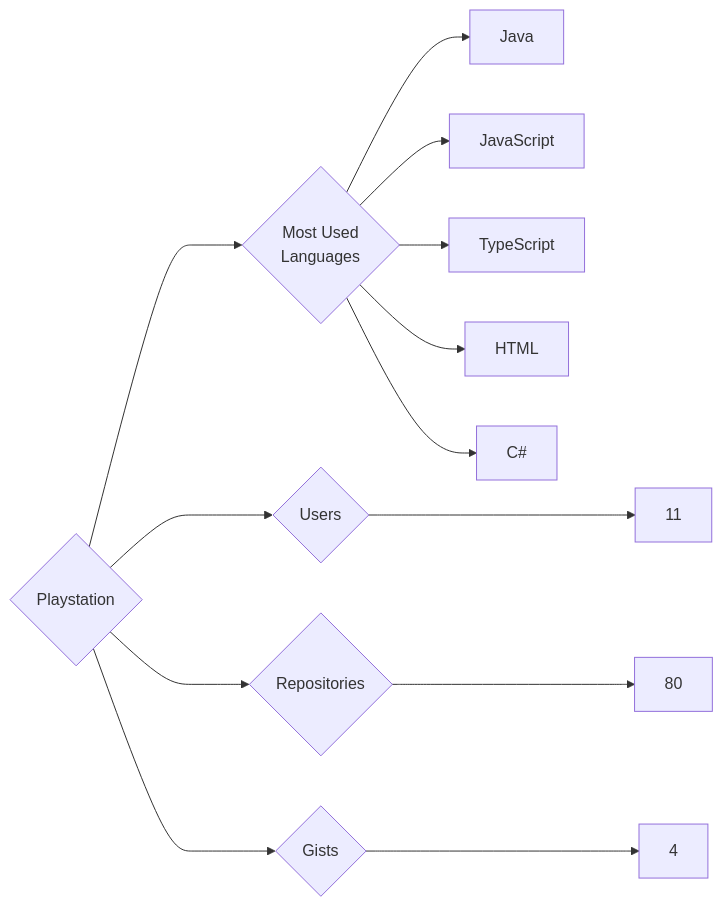
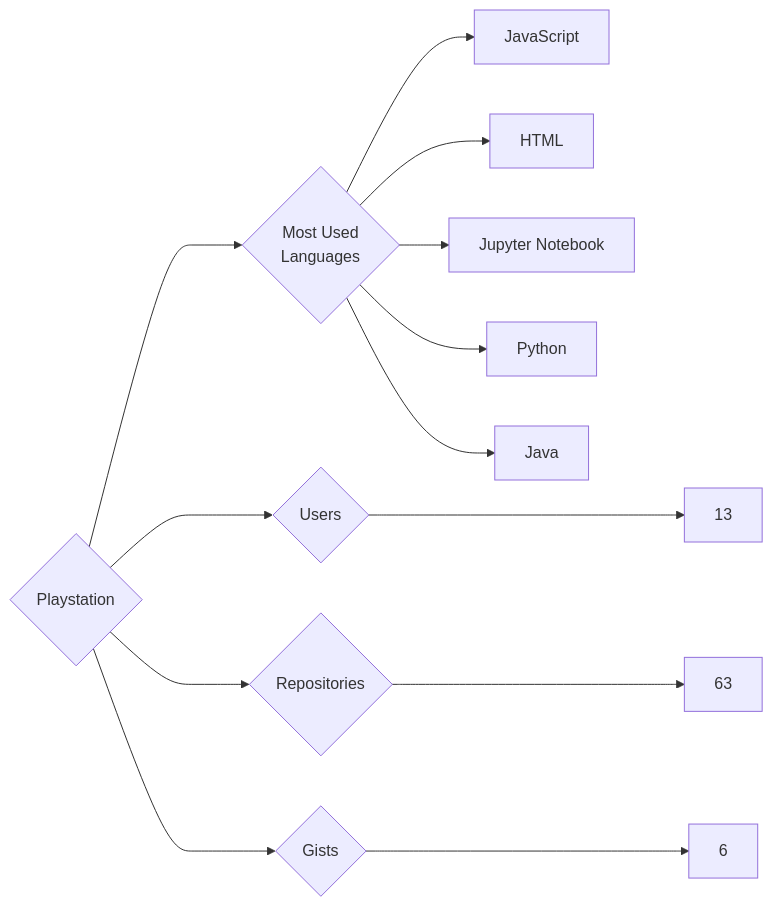
The diagram in targets/Playstation/README.md (trickest/insiders), drawn with Mermaid before and after one commit. The commit also changed 597 other files, not shown here.

````diff
--- a/targets/Playstation/README.md
+++ b/targets/Playstation/README.md
@@ -3,13 +3,13 @@
 ```mermaid
 graph LR
 COMPANY_NAME{Playstation}
-COMPANY_NAME ---> U{Users} ---> UN[11]
-COMPANY_NAME ---> R{Repositories} ---> RN[80]
-COMPANY_NAME ---> G{Gists} ---> GN[4]
+COMPANY_NAME ---> U{Users} ---> UN[13]
+COMPANY_NAME ---> R{Repositories} ---> RN[63]
+COMPANY_NAME ---> G{Gists} ---> GN[6]
 COMPANY_NAME ---> ML{Most Used<br>Languages}
+ML --> JavaScript[JavaScript]
+ML --> HTML[HTML]
+ML --> Jupyter_Notebook[Jupyter Notebook]
+ML --> Python[Python]
 ML --> Java[Java]
-ML --> JavaScript[JavaScript]
-ML --> TypeScript[TypeScript]
-ML --> HTML[HTML]
-ML --> C#[C#]
 ```
````
